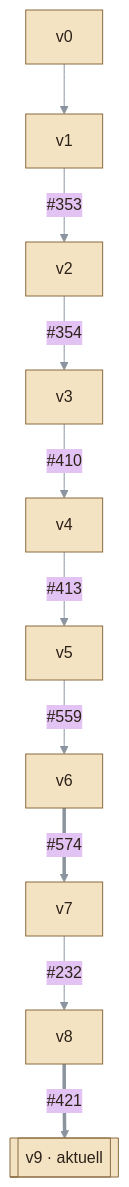
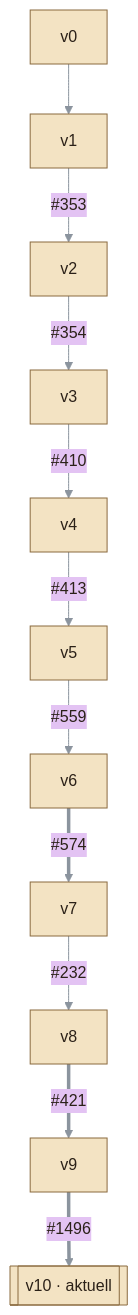
Before and after one commit to fluffels/kubernia: the diagram in docs/module/app.md, drawn with Mermaid. The commit also changed other lines of this file and 23 other files, not shown here.

````diff
--- a/docs/module/app.md
+++ b/docs/module/app.md
@@ -64,33 +64,35 @@
 ```mermaid
 ---
 config:
   theme: base
   look: classic
   layout: dagre
   themeVariables:
     lineColor: "#8b949e"
     primaryColor: "#f3e3c3"
     primaryTextColor: "#2b2118"
     primaryBorderColor: "#8a6a3f"
 ---
 flowchart TB
   v0["v0"]
   v1["v1"]
   v2["v2"]
   v3["v3"]
   v4["v4"]
   v5["v5"]
   v6["v6"]
   v7["v7"]
   v8["v8"]
-  v9[["v9 · aktuell"]]
+  v9["v9"]
+  v10[["v10 · aktuell"]]
   v0 --> v1
   v1 -->|"#35;353"| v2
   v2 -->|"#35;354"| v3
   v3 -->|"#35;410"| v4
   v4 -->|"#35;413"| v5
   v5 -->|"#35;559"| v6
   v6 ==>|"#35;574"| v7
   v7 -->|"#35;232"| v8
   v8 ==>|"#35;421"| v9
+  v9 ==>|"#35;1496"| v10
 ```
````
